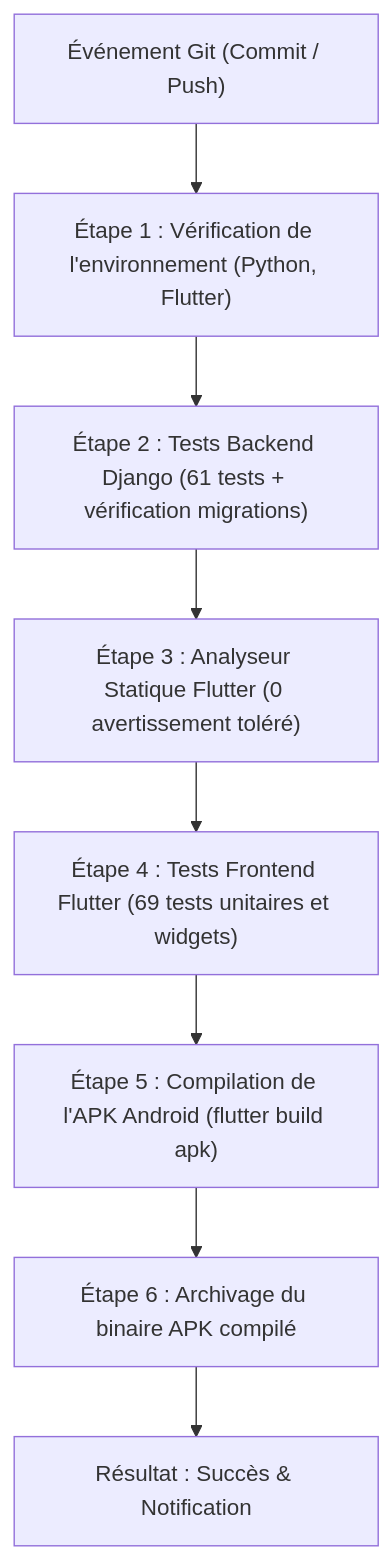
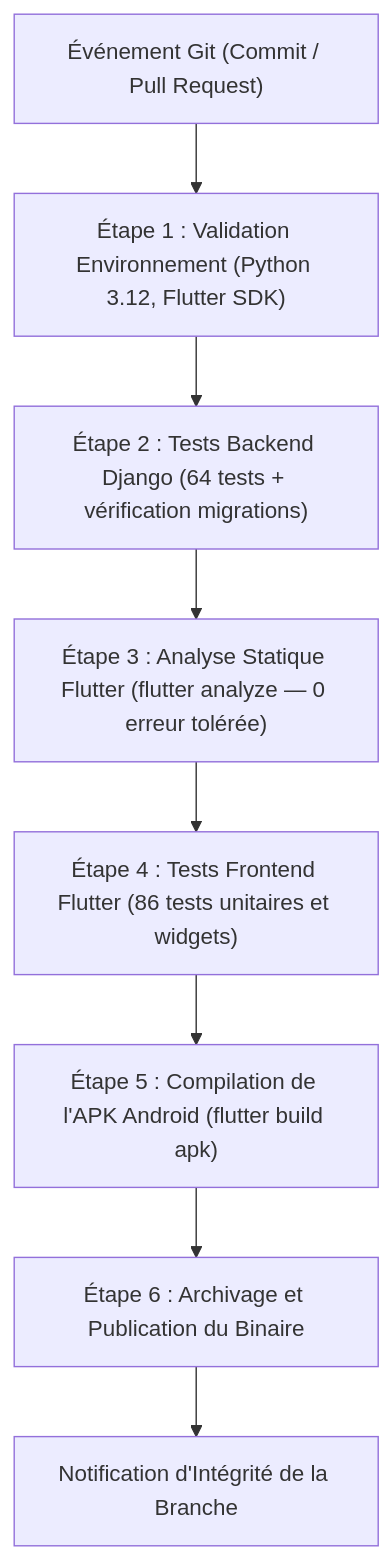
Before and after one commit to fadelilyas01/Projet-Synth-se: the diagram in docs/DEPLOIEMENT_ET_CI_CD.md, drawn with Mermaid. The commit also changed other lines of this file and 13 other files, not shown here.

````diff
--- a/docs/DEPLOIEMENT_ET_CI_CD.md
+++ b/docs/DEPLOIEMENT_ET_CI_CD.md
@@ -163,10 +158,10 @@
 ```mermaid
 flowchart TD
-    A["Événement Git (Commit / Push)"] --> B["Étape 1 : Vérification de l'environnement (Python, Flutter)"]
-    B --> C["Étape 2 : Tests Backend Django (61 tests + vérification migrations)"]
-    C --> D["Étape 3 : Analyseur Statique Flutter (0 avertissement toléré)"]
-    D --> E["Étape 4 : Tests Frontend Flutter (69 tests unitaires et widgets)"]
+    A["Événement Git (Commit / Pull Request)"] --> B["Étape 1 : Validation Environnement (Python 3.12, Flutter SDK)"]
+    B --> C["Étape 2 : Tests Backend Django (64 tests + vérification migrations)"]
+    C --> D["Étape 3 : Analyse Statique Flutter (flutter analyze — 0 erreur tolérée)"]
+    D --> E["Étape 4 : Tests Frontend Flutter (86 tests unitaires et widgets)"]
     E --> F["Étape 5 : Compilation de l'APK Android (flutter build apk)"]
-    F --> G["Étape 6 : Archivage du binaire APK compilé"]
-    G --> H["Résultat : Succès & Notification"]
+    F --> G["Étape 6 : Archivage et Publication du Binaire"]
+    G --> H["Notification d'Intégrité de la Branche"]
 ```
````
